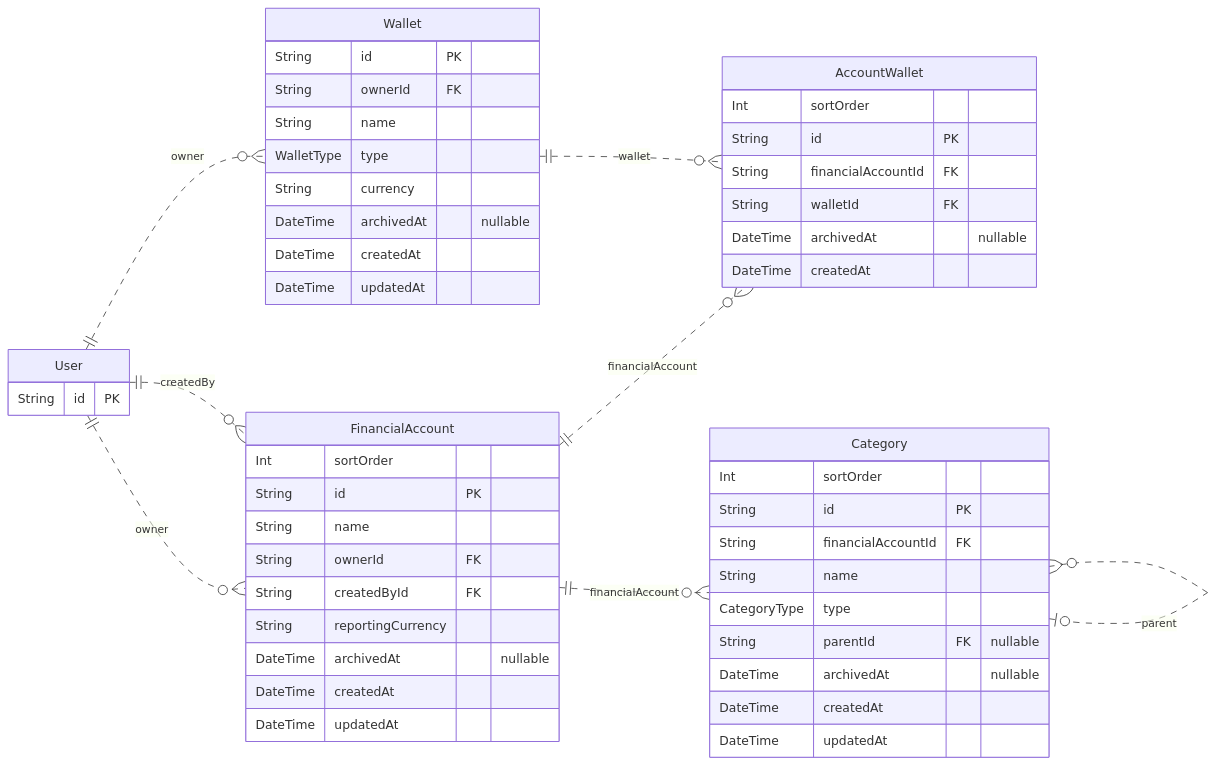
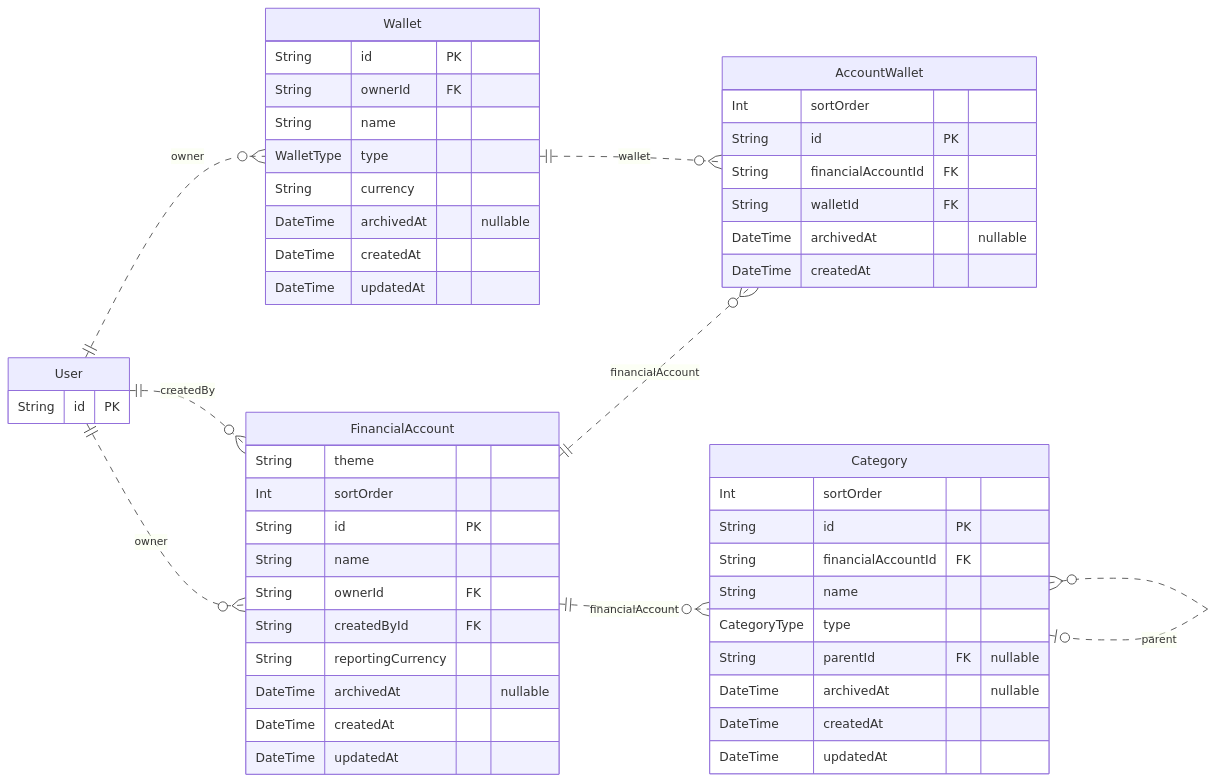
The second of 4 diagrams in prisma/ERD.md (gkoura/centscope), drawn with Mermaid before and after one commit. The commit also changed 14 other files, not shown here.

````diff
--- a/prisma/ERD.md
+++ b/prisma/ERD.md
@@ -92,54 +92,55 @@
 ```mermaid
 erDiagram
     direction LR
     FinancialAccount {
+        String theme
         Int sortOrder
         String id PK
         String name
         String ownerId FK
         String createdById FK
         String reportingCurrency
         DateTime archivedAt "nullable"
         DateTime createdAt
         DateTime updatedAt
     }
     Wallet {
         String id PK
         String ownerId FK
         String name
         WalletType type
         String currency
         DateTime archivedAt "nullable"
         DateTime createdAt
         DateTime updatedAt
     }
     AccountWallet {
         Int sortOrder
         String id PK
         String financialAccountId FK
         String walletId FK
         DateTime archivedAt "nullable"
         DateTime createdAt
     }
     Category {
         Int sortOrder
         String id PK
         String financialAccountId FK
         String name
         CategoryType type
         String parentId FK "nullable"
         DateTime archivedAt "nullable"
         DateTime createdAt
         DateTime updatedAt
     }
     User {
         String id PK
     }
     User ||..o{ FinancialAccount : "owner"
     User ||..o{ FinancialAccount : "createdBy"
     User ||..o{ Wallet : "owner"
     FinancialAccount ||..o{ AccountWallet : "financialAccount"
     Wallet ||..o{ AccountWallet : "wallet"
     FinancialAccount ||..o{ Category : "financialAccount"
     Category |o..o{ Category : "parent"
 ```
````
